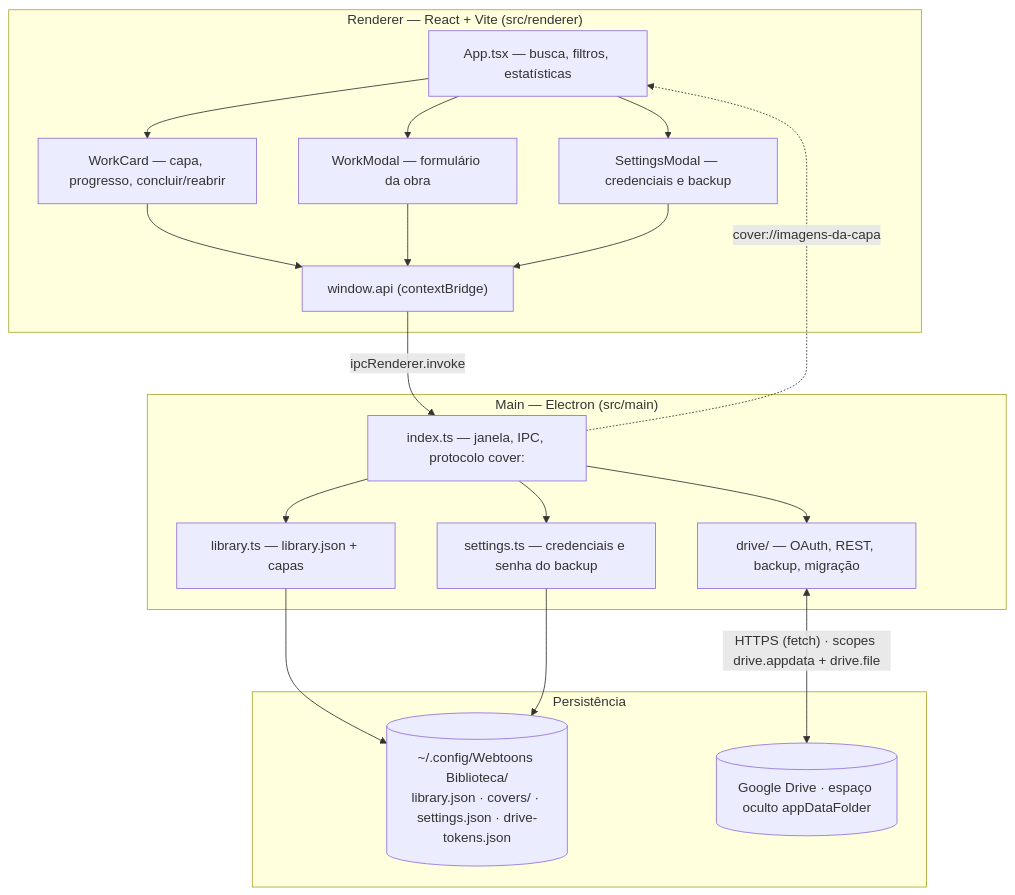
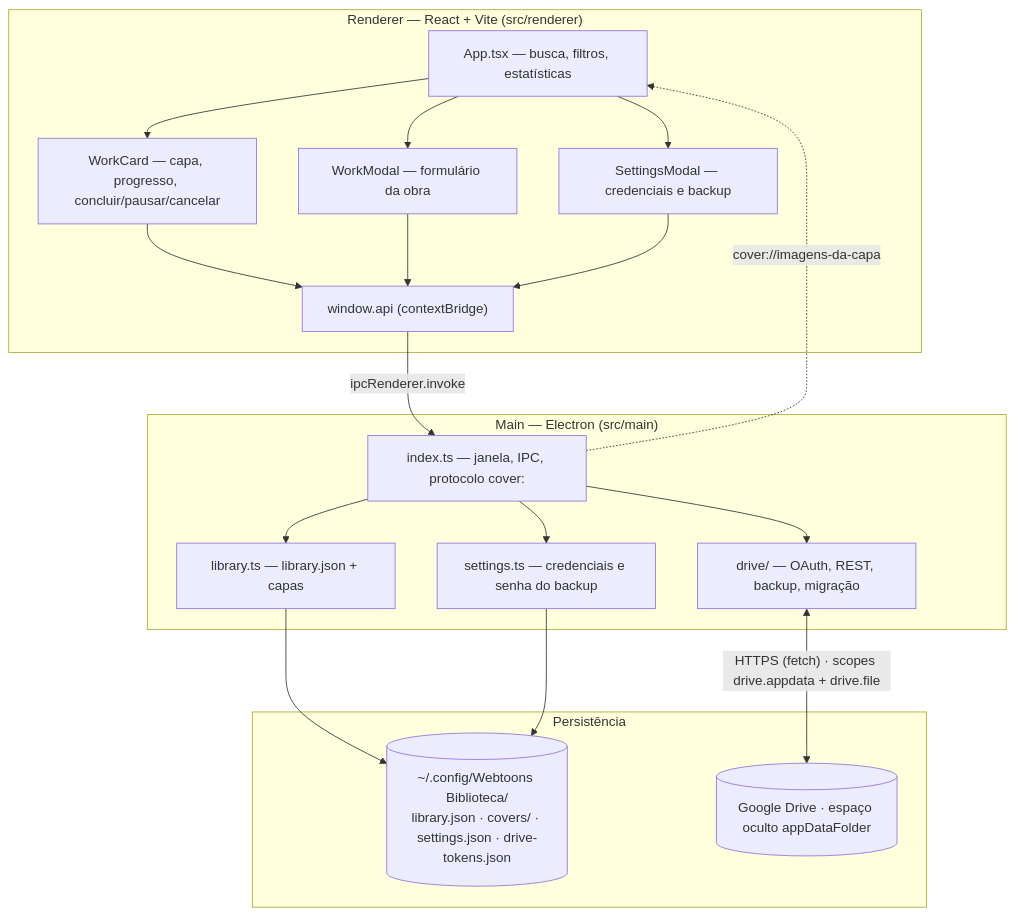
One commit to chronos-atalante/chronos-biblioteca changed the first of 5 diagrams in README.md. Above: the diagram before and after it, drawn with Mermaid. The commit also changed other lines of this file and 9 other files, not shown here.

````diff
--- a/README.md
+++ b/README.md
@@ -145,35 +146,35 @@
 ```mermaid
 flowchart TD
     subgraph RENDERER["Renderer — React + Vite (src/renderer)"]
         UI1["App.tsx — busca, filtros, estatísticas"]
-        UI2["WorkCard — capa, progresso, concluir/reabrir"]
+        UI2["WorkCard — capa, progresso, concluir/pausar/cancelar"]
         UI3["WorkModal — formulário da obra"]
         UI4["SettingsModal — credenciais e backup"]
         BRIDGE["window.api (contextBridge)"]
         UI1 --> UI2
         UI1 --> UI3
         UI1 --> UI4
         UI2 --> BRIDGE
         UI3 --> BRIDGE
         UI4 --> BRIDGE
     end
 
     subgraph MAIN["Main — Electron (src/main)"]
         IDX["index.ts — janela, IPC, protocolo cover:"]
         LIB["library.ts — library.json + capas"]
         SET["settings.ts — credenciais e senha do backup"]
         DRV["drive/ — OAuth, REST, backup, migração"]
     end
 
     subgraph STORAGE["Persistência"]
         LOKAL[("~/.config/Webtoons Biblioteca/<br/>library.json · covers/ · settings.json · drive-tokens.json")]
         DRIVE[("Google Drive · espaço oculto appDataFolder")]
     end
 
     BRIDGE -->|"ipcRenderer.invoke"| IDX
     IDX --> LIB --> LOKAL
     IDX --> SET --> LOKAL
     IDX --> DRV
     DRV <-->|"HTTPS (fetch) · scopes drive.appdata + drive.file"| DRIVE
     IDX -.->|"cover://imagens-da-capa"| UI1
 ```
````
